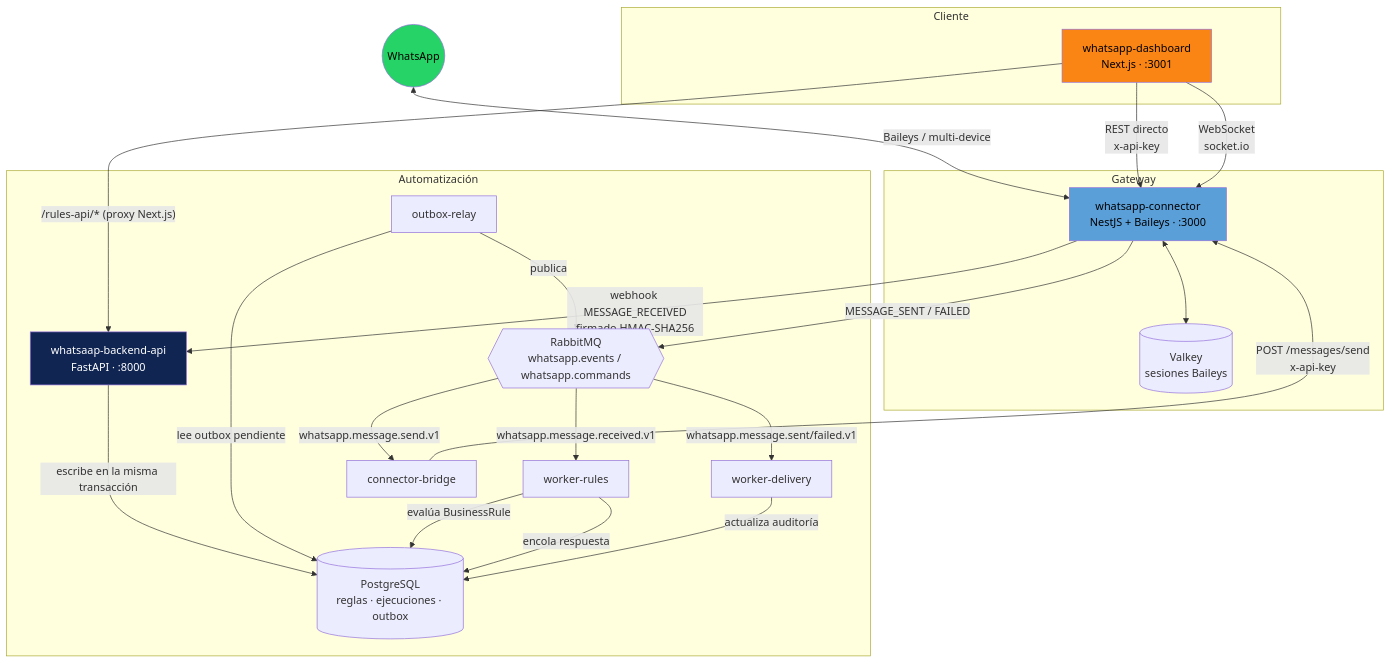
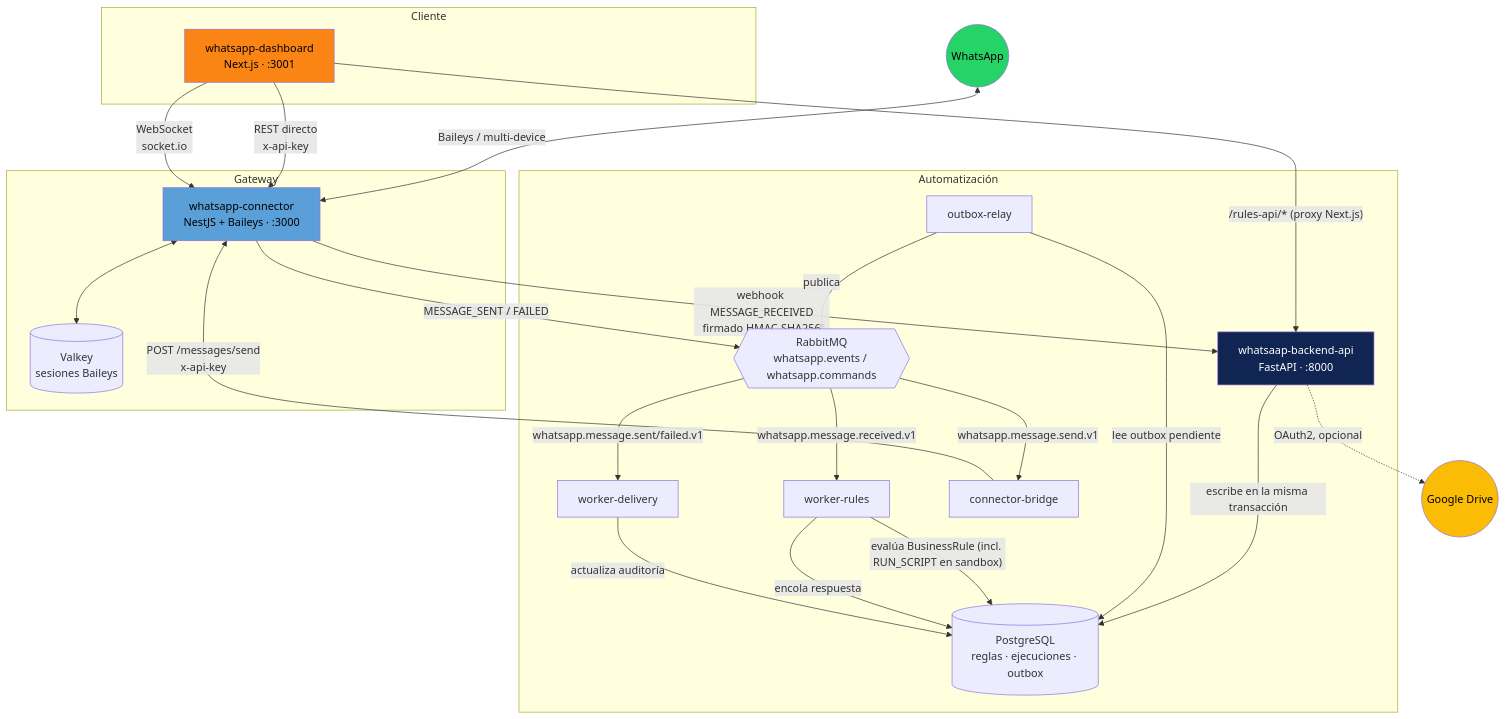
The third of 4 diagrams in README.md (MaldivatiProject/whatsaapIA-conect), drawn with Mermaid before and after one commit. The commit also changed other lines of this file and 29 other files, not shown here.

````diff
--- a/README.md
+++ b/README.md
@@ -26,48 +145,51 @@
 ```mermaid
 graph TB
     WA(("WhatsApp"))
+    GDRIVE(("Google Drive"))
 
     subgraph Cliente
         DASH["whatsapp-dashboard<br/>Next.js · :3001"]
     end
 
     subgraph Gateway
         CONN["whatsapp-connector<br/>NestJS + Baileys · :3000"]
         VALKEY[(Valkey<br/>sesiones Baileys)]
     end
 
     subgraph Automatización
         API["whatsaap-backend-api<br/>FastAPI · :8000"]
         WR["worker-rules"]
         WD["worker-delivery"]
         RELAY["outbox-relay"]
         BRIDGE["connector-bridge"]
         PG[(PostgreSQL<br/>reglas · ejecuciones · outbox)]
         MQ{{RabbitMQ<br/>whatsapp.events / whatsapp.commands}}
     end
 
     WA <-->|Baileys / multi-device| CONN
     CONN <--> VALKEY
 
     DASH -->|REST directo<br/>x-api-key| CONN
     DASH -->|WebSocket<br/>socket.io| CONN
     DASH -->|"/rules-api/* (proxy Next.js)"| API
 
     CONN -->|"webhook MESSAGE_RECEIVED<br/>firmado HMAC-SHA256"| API
     API -->|escribe en la misma transacción| PG
+    API -.->|OAuth2, opcional| GDRIVE
     RELAY -->|lee outbox pendiente| PG
     RELAY -->|publica| MQ
     MQ -->|whatsapp.message.received.v1| WR
-    WR -->|evalúa BusinessRule| PG
+    WR -->|"evalúa BusinessRule (incl. RUN_SCRIPT en sandbox)"| PG
     WR -->|encola respuesta| PG
     MQ -->|whatsapp.message.send.v1| BRIDGE
     BRIDGE -->|"POST /messages/send<br/>x-api-key"| CONN
     CONN -->|MESSAGE_SENT / FAILED| MQ
     MQ -->|whatsapp.message.sent/failed.v1| WD
     WD -->|actualiza auditoría| PG
 
     style WA fill:#25D366,color:#000
+    style GDRIVE fill:#FBBC05,color:#000
     style DASH fill:#FA8514,color:#000
     style CONN fill:#5B9FD9,color:#000
     style API fill:#102552,color:#fff
 ```
````
